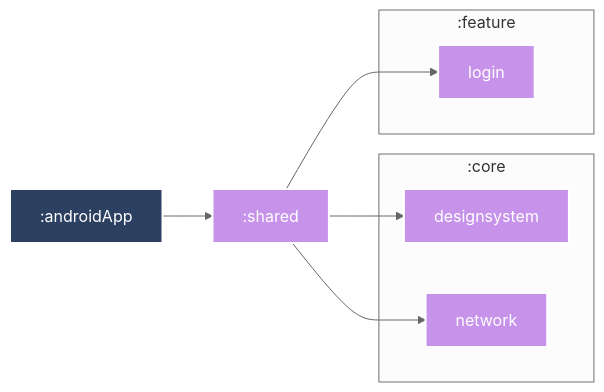
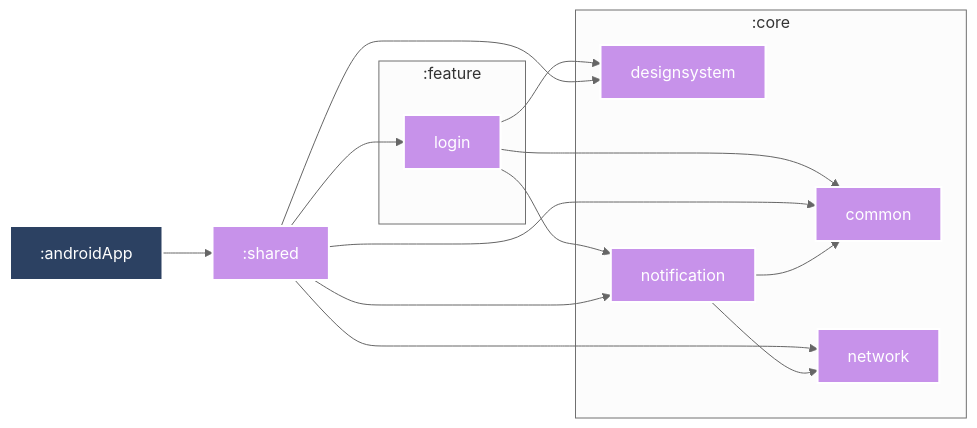
Before and after one commit to ricarlo-silva/kmp-app-recipes: the diagram in README.md, drawn with Mermaid.

Commit message:
docs: Update module graph in README
The module graph in `README.md` has been updated to reflect the current project structure.

Key changes:
- Added `:core:common` and `:core:notification` to the `:core` subgraph.
- Added dependencies:
    - `:feature:login` now depends on `:core:common` and `:core:notification`.
    - `:shared` now depends on `:core:common` and `:core:notification`.
    - `:core:notification` now depends on `:core:common` and `:core:network`.
- Applied `kotlin-multiplatform` styling to `:core:common` and `:core:notification`.
- Reordered class definitions for better readability.

````diff
--- a/README.md
+++ b/README.md
@@ -38,29 +38,40 @@
 ```mermaid
 %%{
   init: {
     'theme': 'neutral'
   }
 }%%
 
 graph LR
   subgraph :core
+    :core:common["common"]
     :core:designsystem["designsystem"]
+    :core:notification["notification"]
     :core:network["network"]
   end
   subgraph :feature
     :feature:login["login"]
   end
+  :feature:login --> :core:common
+  :feature:login --> :core:designsystem
+  :feature:login --> :core:notification
   :shared --> :core:designsystem
   :shared --> :core:network
+  :shared --> :core:common
+  :shared --> :core:notification
   :shared --> :feature:login
   :androidApp --> :shared
+  :core:notification --> :core:common
+  :core:notification --> :core:network
 
 classDef kotlin-multiplatform fill:#C792EA,stroke:#fff,stroke-width:2px,color:#fff;
 classDef android-application fill:#2C4162,stroke:#fff,stroke-width:2px,color:#fff;
+class :feature:login kotlin-multiplatform
+class :core:common kotlin-multiplatform
+class :core:designsystem kotlin-multiplatform
+class :core:notification kotlin-multiplatform
 class :shared kotlin-multiplatform
-class :core:designsystem kotlin-multiplatform
 class :core:network kotlin-multiplatform
-class :feature:login kotlin-multiplatform
 class :androidApp android-application
 
 ```
````
